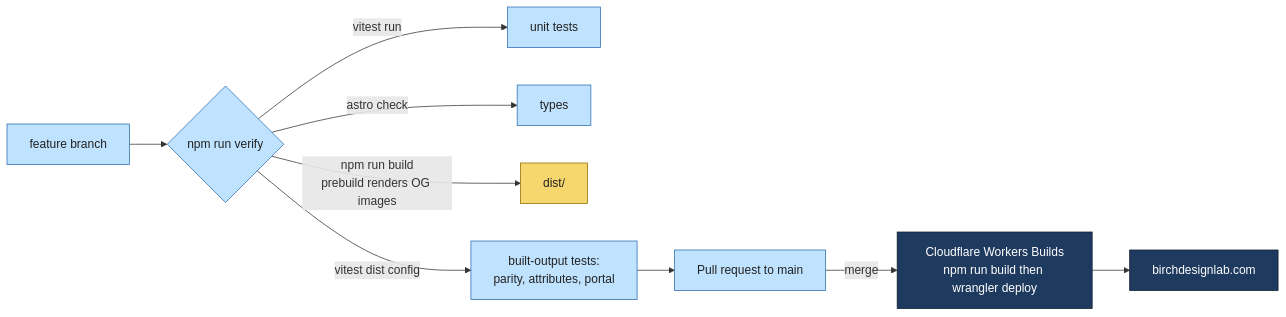
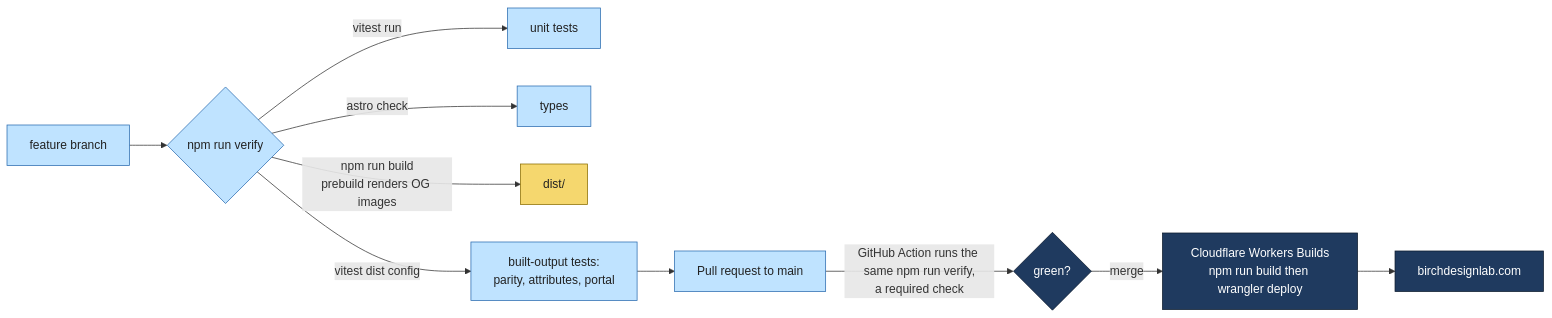
The fifth of 7 diagrams in README.md (BirchDesignLab/birchdesignlab), drawn with Mermaid before and after one commit. The commit also changed other lines of this file and 4 other files, not shown here.

First line of the commit message:
Finish PR 96 README: merge main, drop SPEC and TODO, correct stale facts, add hero loop

````diff
--- a/README.md
+++ b/README.md
@@ -264,15 +273,16 @@
 ```mermaid
 flowchart LR
     classDef store fill:#f5d76e,stroke:#8a6d00,color:#222
     classDef cloud fill:#1f3a5f,stroke:#0d1b2e,color:#fff
     classDef you fill:#bfe3ff,stroke:#2b6cb0,color:#222
 
-    B[feature branch]:::you --> V{npm run verify}:::you
-    V -->|vitest run| T1[unit tests]:::you
-    V -->|astro check| T2[types]:::you
-    V -->|npm run build<br/>prebuild renders OG images| T3[dist/]:::store
-    V -->|vitest dist config| T4[built-output tests:<br/>parity, attributes, portal]:::you
-    T4 --> PR[Pull request to main]:::you
-    PR -->|merge| WB[Cloudflare Workers Builds<br/>npm run build then wrangler deploy]:::cloud
-    WB --> LIVE[birchdesignlab.com]:::cloud
+    B["feature branch"]:::you --> V{"npm run verify"}:::you
+    V -->|"vitest run"| T1["unit tests"]:::you
+    V -->|"astro check"| T2["types"]:::you
+    V -->|"npm run build<br/>prebuild renders OG images"| T3["dist/"]:::store
+    V -->|"vitest dist config"| T4["built-output tests:<br/>parity, attributes, portal"]:::you
+    T4 --> PR["Pull request to main"]:::you
+    PR -->|"GitHub Action runs the same npm run verify,<br/>a required check"| CI{"green?"}:::cloud
+    CI -->|"merge"| WB["Cloudflare Workers Builds<br/>npm run build then wrangler deploy"]:::cloud
+    WB --> LIVE["birchdesignlab.com"]:::cloud
 ```
````
